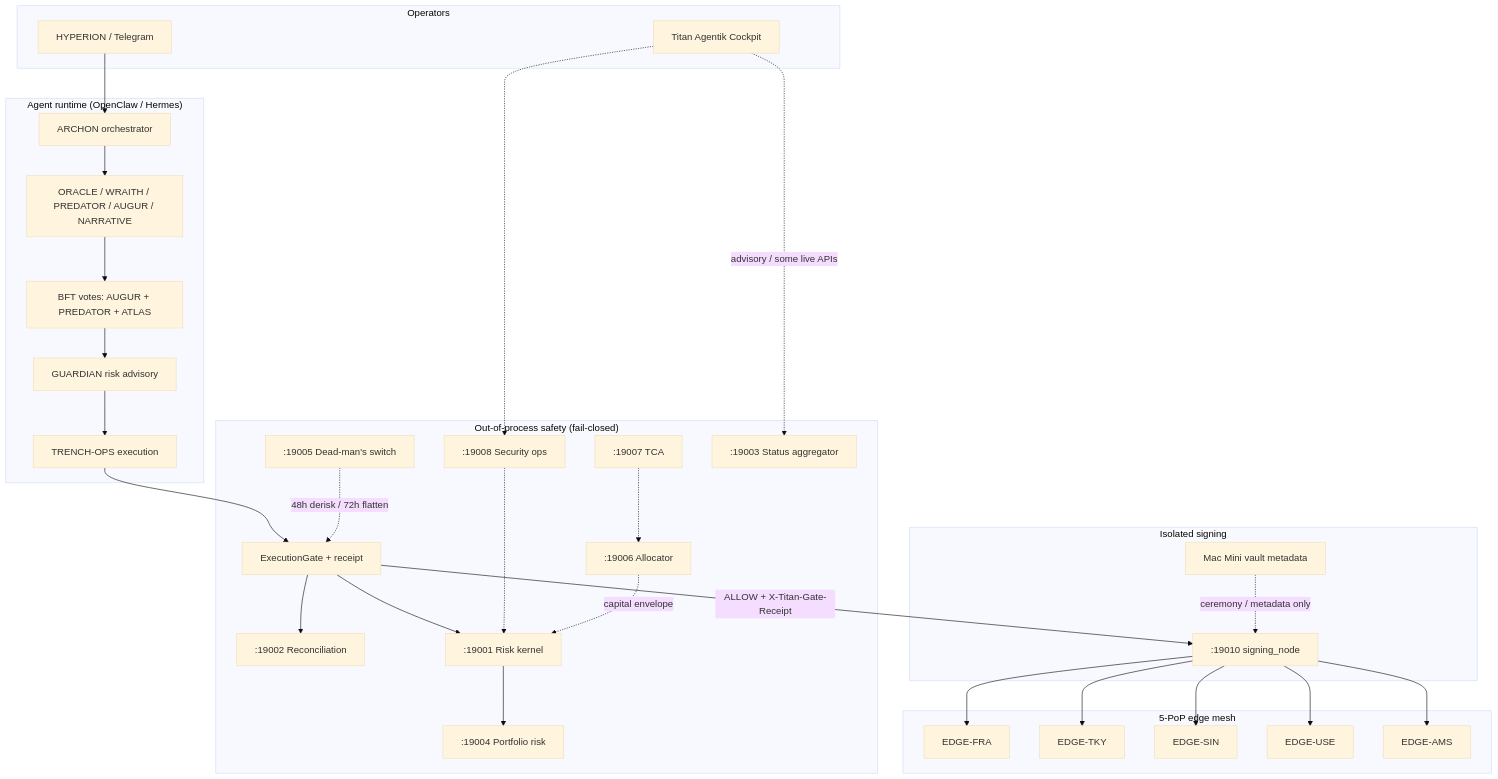
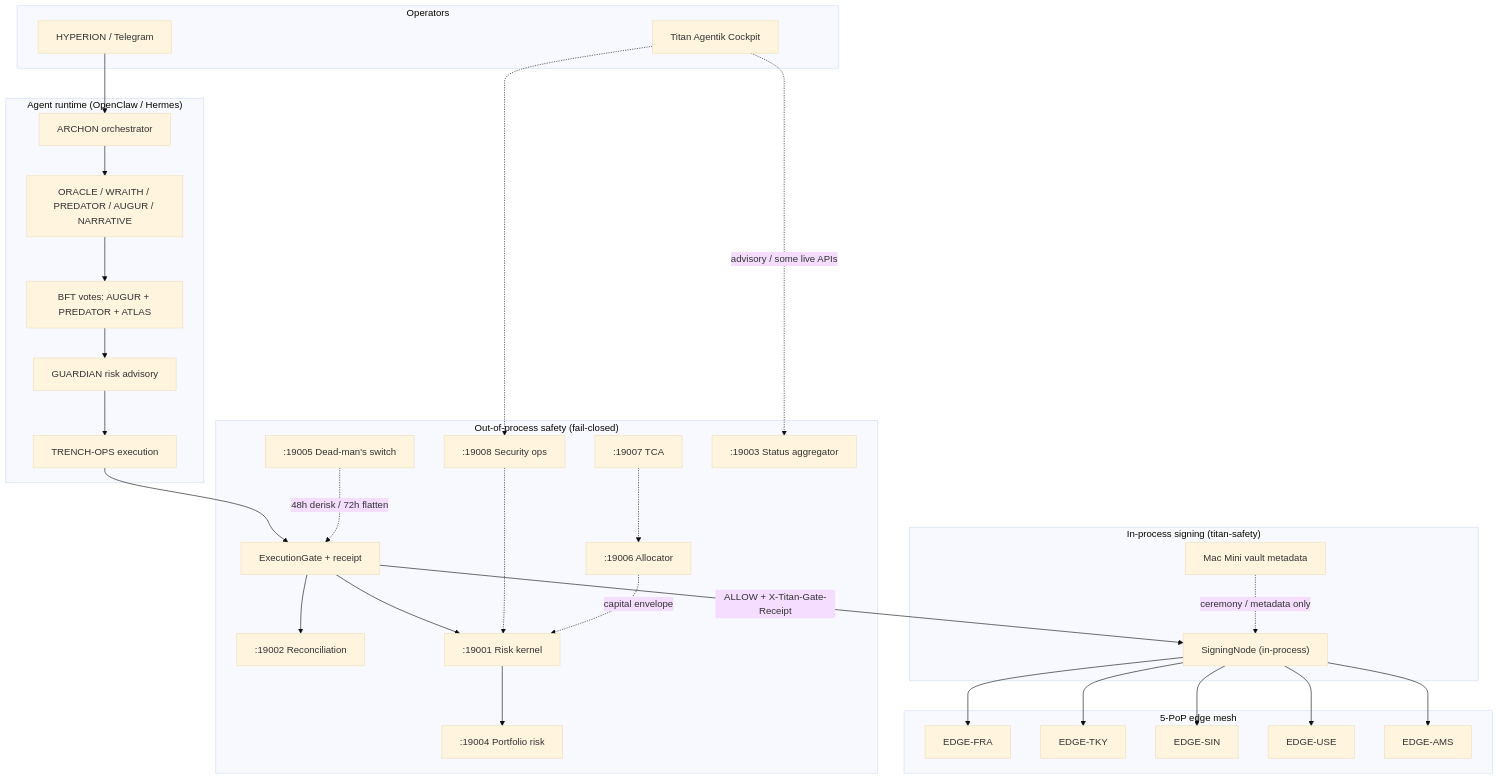
Before and after one commit to TitanAgentik/titan-deploy: the first of 2 diagrams in SYSTEM.md, drawn with Mermaid (base theme). The commit also changed other lines of this file and 49 other files, not shown here.

First line of the commit message:
Fold signing into in-process titan-safety; drop :19010 hot-path hop.

````diff
--- a/SYSTEM.md
+++ b/SYSTEM.md
@@ -37,59 +37,59 @@
 ```mermaid
 flowchart TB
   subgraph Operators
     HYPERION[HYPERION / Telegram]
     COCKPIT[Titan Agentik Cockpit]
   end
 
   subgraph Agents["Agent runtime (OpenClaw / Hermes)"]
     ARCHON[ARCHON orchestrator]
     SIGNALS[ORACLE / WRAITH / PREDATOR / AUGUR / NARRATIVE]
     BFT[BFT votes: AUGUR + PREDATOR + ATLAS]
     GUARDIAN[GUARDIAN risk advisory]
     TRENCH[TRENCH-OPS execution]
   end
 
   subgraph Safety["Out-of-process safety (fail-closed)"]
     RECON[":19002 Reconciliation"]
     KERNEL[":19001 Risk kernel"]
     PORT[":19004 Portfolio risk"]
     GATE[ExecutionGate + receipt]
     SEC[":19008 Security ops"]
     ALLOC[":19006 Allocator"]
     TCA[":19007 TCA"]
     DMS[":19005 Dead-man's switch"]
     STATUS[":19003 Status aggregator"]
   end
 
-  subgraph Signing["Isolated signing"]
-    SIGN[":19010 signing_node"]
+  subgraph Signing["In-process signing (titan-safety)"]
+    SIGN["SigningNode (in-process)"]
     VAULT[Mac Mini vault metadata]
   end
 
   subgraph Edge["5-PoP edge mesh"]
     FRA[EDGE-FRA]
     TKY[EDGE-TKY]
     SIN[EDGE-SIN]
     USE[EDGE-USE]
     AMS[EDGE-AMS]
   end
 
   HYPERION --> ARCHON
   COCKPIT -.->|advisory / some live APIs| STATUS
   COCKPIT -.-> SEC
   ARCHON --> SIGNALS
   SIGNALS --> BFT
   BFT --> GUARDIAN
   GUARDIAN --> TRENCH
   TRENCH --> GATE
   GATE --> RECON
   GATE --> KERNEL
   KERNEL --> PORT
   GATE -->|ALLOW + X-Titan-Gate-Receipt| SIGN
   VAULT -.->|ceremony / metadata only| SIGN
   SIGN --> FRA & TKY & SIN & USE & AMS
   SEC -.-> KERNEL
   ALLOC -.->|capital envelope| KERNEL
   TCA -.-> ALLOC
   DMS -.->|48h derisk / 72h flatten| GATE
 ```
````
